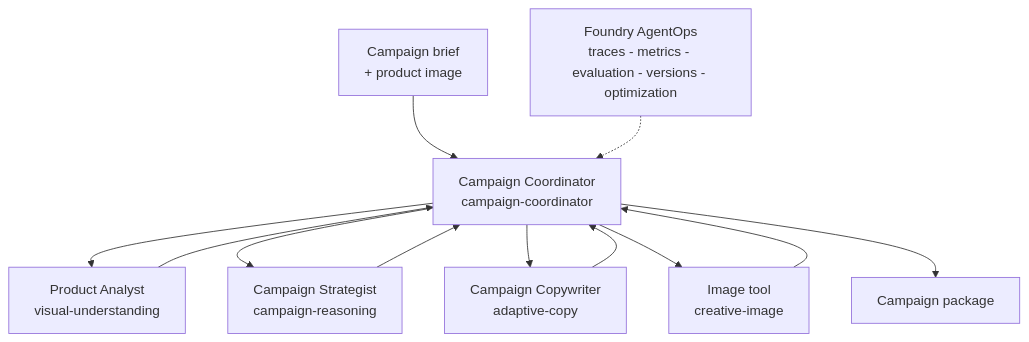
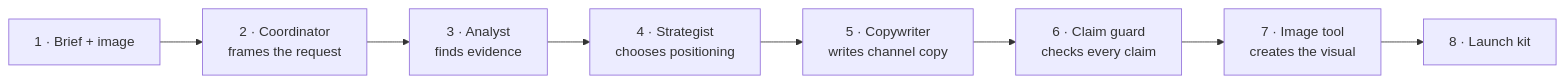
The second of 2 diagrams in foundry/agent-optimization/instructions/skillable/README.md (nitya/model-mastery), drawn with Mermaid before and after one commit. The commit also changed other lines of this file and 4 other files, not shown here.

Commit message:
Simplify workshop architecture diagrams

````diff
--- a/foundry/agent-optimization/instructions/skillable/README.md
+++ b/foundry/agent-optimization/instructions/skillable/README.md
@@ -70,14 +70,10 @@
 ```mermaid
-flowchart TD
-    IN["Campaign brief<br/>+ product image"] --> CO["Campaign Coordinator<br/>campaign-coordinator"]
-    CO --> PA["Product Analyst<br/>visual-understanding"]
-    CO --> CS["Campaign Strategist<br/>campaign-reasoning"]
-    CO --> CW["Campaign Copywriter<br/>adaptive-copy"]
-    CO --> IG["Image tool<br/>creative-image"]
-    PA --> CO
-    CS --> CO
-    CW --> CO
-    IG --> CO
-    CO --> OUT["Campaign package"]
-    OPS["Foundry AgentOps<br/>traces - metrics - evaluation - versions - optimization"] -.-> CO
+flowchart LR
+    IN["1 · Brief + image"] --> CO["2 · Coordinator<br/>frames the request"]
+    CO --> PA["3 · Analyst<br/>finds evidence"]
+    PA --> CS["4 · Strategist<br/>chooses positioning"]
+    CS --> CW["5 · Copywriter<br/>writes channel copy"]
+    CW --> CG["6 · Claim guard<br/>checks every claim"]
+    CG --> IG["7 · Image tool<br/>creates the visual"]
+    IG --> OUT["8 · Launch kit"]
 ```
````
